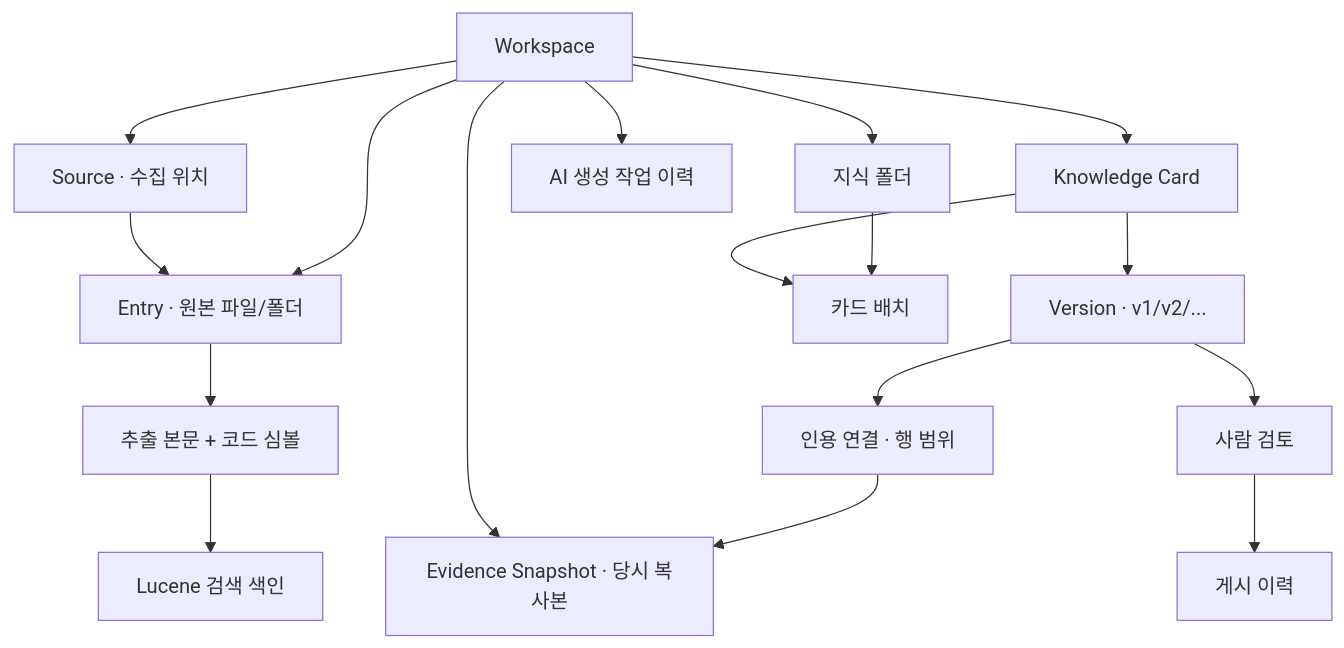
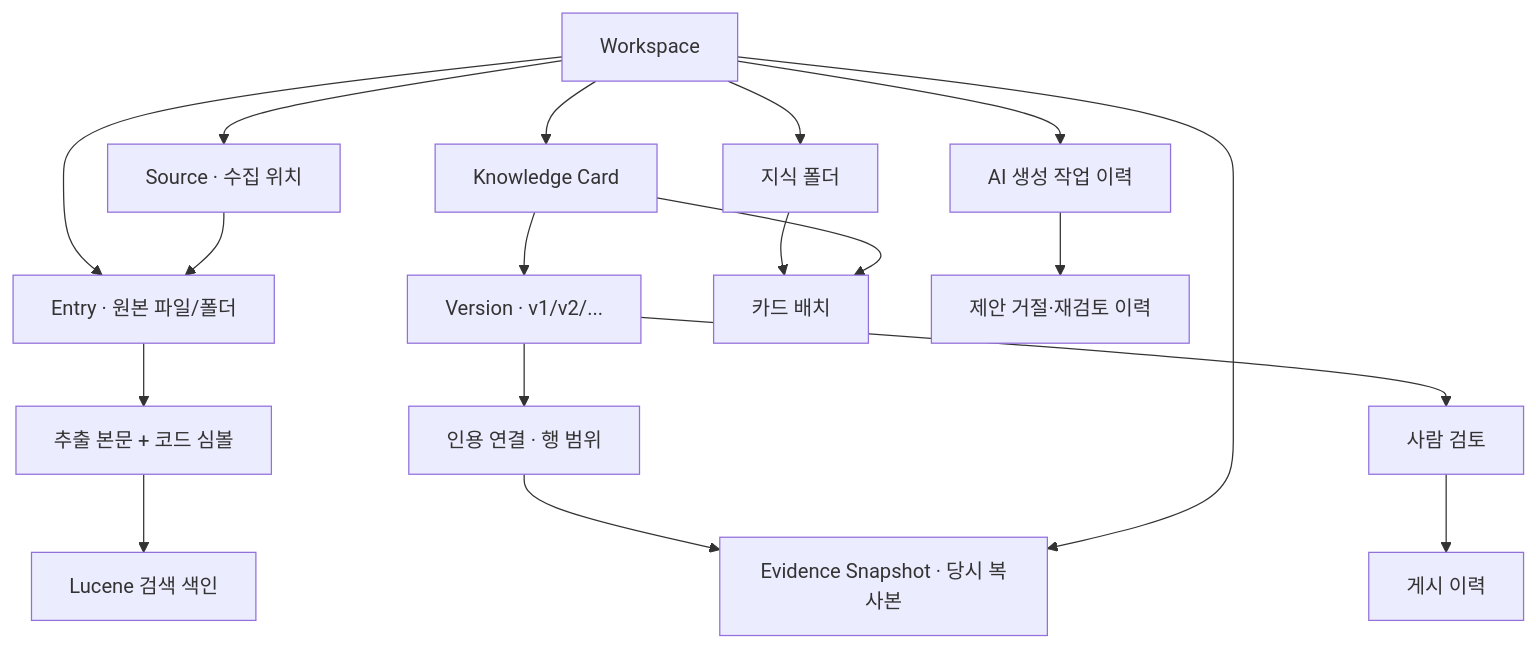
The diagram in docs/modeling.md (thisisnew/dougle), drawn with Mermaid before and after one commit. The commit also changed other lines of this file and 26 other files, not shown here.

````diff
--- a/docs/modeling.md
+++ b/docs/modeling.md
@@ -25,19 +25,20 @@
 ```mermaid
 flowchart TD
   W[Workspace] --> S[Source · 수집 위치]
   W --> E[Entry · 원본 파일/폴더]
   S --> E
   E --> A[추출 본문 + 코드 심볼]
   A --> I[Lucene 검색 색인]
   W --> K[Knowledge Card]
   K --> V[Version · v1/v2/...]
   V --> C[인용 연결 · 행 범위]
   C --> B[Evidence Snapshot · 당시 복사본]
   W --> B
   V --> R[사람 검토]
   R --> P[게시 이력]
   W --> F[지식 폴더]
   F --> L[카드 배치]
   K --> L
   W --> J[AI 생성 작업 이력]
+  J --> D[제안 거절·재검토 이력]
 ```
````
